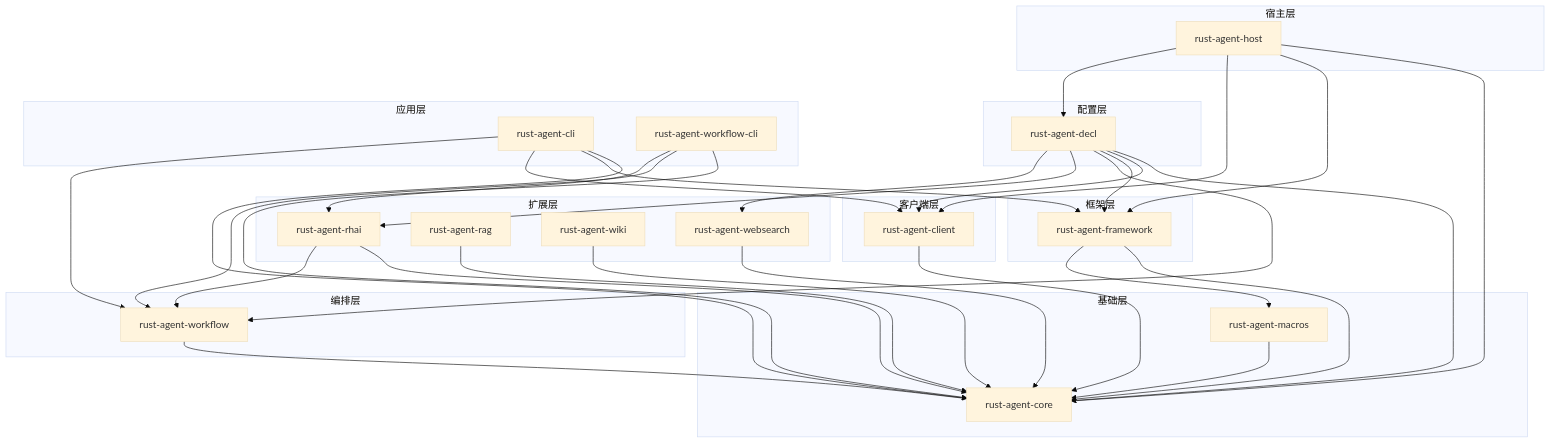
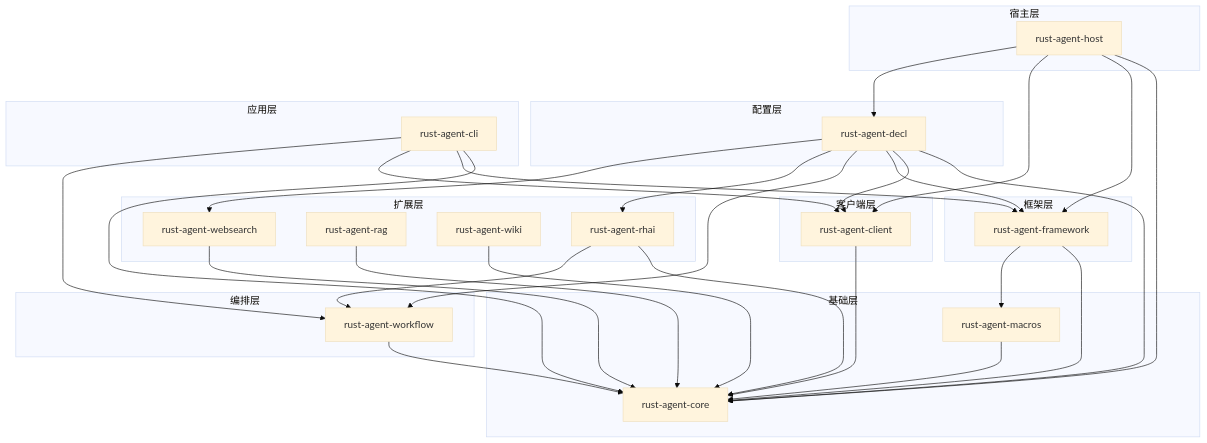
The diagram in docs/14-appendix/crate-dependency-graph.md (Rust-Framework/rust-agent-framework), drawn with Mermaid (base theme) before and after one commit. The commit also changed other lines of this file and 34 other files, not shown here.

First line of the commit message:
Remove workflow-cli crate and update dependencies

````diff
--- a/docs/14-appendix/crate-dependency-graph.md
+++ b/docs/14-appendix/crate-dependency-graph.md
@@ -5,67 +5,63 @@
 ```mermaid
 graph TD
     subgraph "基础层"
         CORE[rust-agent-core]
         MACROS[rust-agent-macros]
     end
 
     subgraph "客户端层"
         CLIENT[rust-agent-client]
     end
 
     subgraph "框架层"
         FRAMEWORK[rust-agent-framework]
     end
 
     subgraph "编排层"
         WORKFLOW[rust-agent-workflow]
     end
 
     subgraph "配置层"
         DECL[rust-agent-decl]
     end
 
     subgraph "扩展层"
         WEBSEARCH[rust-agent-websearch]
         RAG[rust-agent-rag]
         WIKI[rust-agent-wiki]
         RHAI[rust-agent-rhai]
     end
 
     subgraph "宿主层"
         HOST[rust-agent-host]
     end
 
     subgraph "应用层"
         CLI[rust-agent-cli]
-        WFCLI[rust-agent-workflow-cli]
     end
 
     MACROS --> CORE
     CLIENT --> CORE
     FRAMEWORK --> CORE
     FRAMEWORK --> MACROS
     WORKFLOW --> CORE
     WEBSEARCH --> CORE
     RAG --> CORE
     WIKI --> CORE
     RHAI --> CORE
     RHAI --> WORKFLOW
     DECL --> CORE
     DECL --> CLIENT
     DECL --> FRAMEWORK
     DECL --> WORKFLOW
     DECL --> RHAI
     DECL --> WEBSEARCH
     HOST --> CORE
     HOST --> FRAMEWORK
     HOST --> CLIENT
     HOST --> DECL
     CLI --> CORE
     CLI --> FRAMEWORK
     CLI --> CLIENT
     CLI --> WORKFLOW
-    WFCLI --> CORE
-    WFCLI --> WORKFLOW
-    WFCLI --> RHAI
 ```
````
